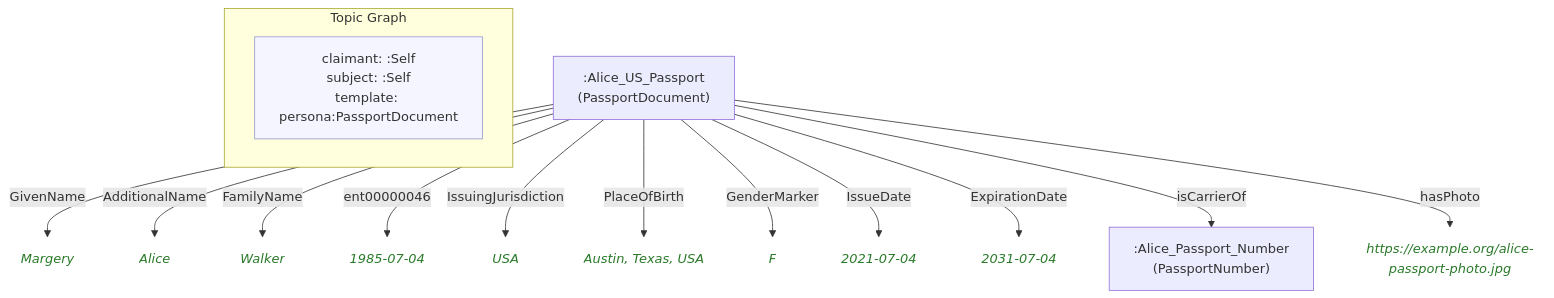
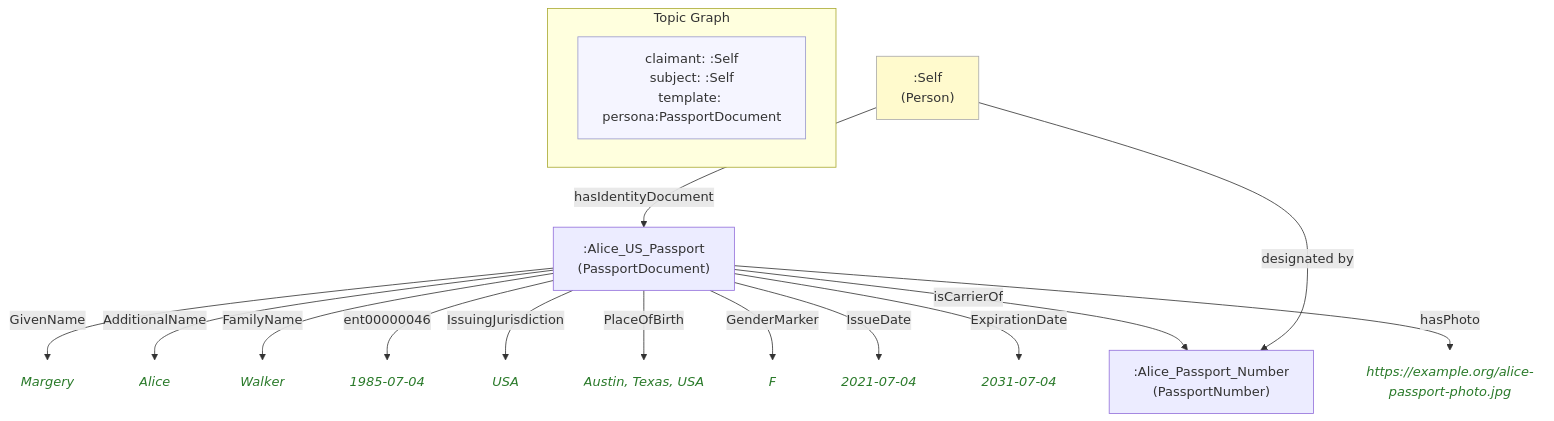
Before and after one commit to MeeFoundation/mia-ontologies: the diagram in example/topics/images/self.self(Passport)(19).mmd, drawn with Mermaid. The commit also changed 50 other files, not shown here.

```diff
--- a/example/topics/images/self.self(Passport)(19).mmd
+++ b/example/topics/images/self.self(Passport)(19).mmd
@@ -1,36 +1,39 @@
 flowchart TD
     classDef person fill:#fffacd,stroke:#aaa,color:#333
     classDef grp    fill:#d4edda,stroke:#aaa,color:#333
     classDef org    fill:#cce5ff,stroke:#aaa,color:#333
     classDef lit    fill:none,stroke:none,font-style:italic,color:#2a7a2a
     classDef meta   fill:#f5f5ff,stroke:#9999cc,color:#333
 
     subgraph ctx["Topic Graph"]
         direction LR
         ctx_meta["claimant: :Self\nsubject: :Self\ntemplate: persona:PassportDocument"]:::meta
     end
 
     n104df4bab92a[":Alice_Passport_Number\n(PassportNumber)"]
     n1e9b86ff4c78[":Alice_US_Passport\n(PassportDocument)"]
-    n481888e58193("Margery"):::lit
-    nef7b9b4ce127("Alice"):::lit
-    n6e9183ac3ca2("Walker"):::lit
-    n1ea2b868cd1f("1985-07-04"):::lit
-    n1c992d3e9102("USA"):::lit
-    ned07da8e9dc1("Austin, Texas, USA"):::lit
-    n636ff062d8e1("F"):::lit
-    nd20f5b2b564a("2021-07-04"):::lit
-    ncc041a6cf459("2031-07-04"):::lit
+    n81f46365c396("Margery"):::lit
+    ncfcdc08edfc0("Alice"):::lit
+    n99513e7086da("Walker"):::lit
+    nf5d29acf3c4f("1985-07-04"):::lit
+    n8a932ae78621("USA"):::lit
+    nc8102d77e7cf("Austin, Texas, USA"):::lit
+    n6774b100598f("F"):::lit
+    n8012bb0d5e08("2021-07-04"):::lit
+    n494d9cc67550("2031-07-04"):::lit
     n0b3af7b5a715("https://example.org/alice-passport-photo.jpg"):::lit
+    ne0c3ba92f1db[":Self\n(Person)"]:::person
 
-    n1e9b86ff4c78 -->|"GivenName"| n481888e58193
-    n1e9b86ff4c78 -->|"AdditionalName"| nef7b9b4ce127
-    n1e9b86ff4c78 -->|"FamilyName"| n6e9183ac3ca2
-    n1e9b86ff4c78 -->|"ent00000046"| n1ea2b868cd1f
-    n1e9b86ff4c78 -->|"IssuingJurisdiction"| n1c992d3e9102
-    n1e9b86ff4c78 -->|"PlaceOfBirth"| ned07da8e9dc1
-    n1e9b86ff4c78 -->|"GenderMarker"| n636ff062d8e1
-    n1e9b86ff4c78 -->|"IssueDate"| nd20f5b2b564a
-    n1e9b86ff4c78 -->|"ExpirationDate"| ncc041a6cf459
+    n1e9b86ff4c78 -->|"GivenName"| n81f46365c396
+    n1e9b86ff4c78 -->|"AdditionalName"| ncfcdc08edfc0
+    n1e9b86ff4c78 -->|"FamilyName"| n99513e7086da
+    n1e9b86ff4c78 -->|"ent00000046"| nf5d29acf3c4f
+    n1e9b86ff4c78 -->|"IssuingJurisdiction"| n8a932ae78621
+    n1e9b86ff4c78 -->|"PlaceOfBirth"| nc8102d77e7cf
+    n1e9b86ff4c78 -->|"GenderMarker"| n6774b100598f
+    n1e9b86ff4c78 -->|"IssueDate"| n8012bb0d5e08
+    n1e9b86ff4c78 -->|"ExpirationDate"| n494d9cc67550
     n1e9b86ff4c78 -->|"isCarrierOf"| n104df4bab92a
     n1e9b86ff4c78 -->|"hasPhoto"| n0b3af7b5a715
+    ne0c3ba92f1db -->|"hasIdentityDocument"| n1e9b86ff4c78
+    ne0c3ba92f1db -->|"designated by"| n104df4bab92a
```
